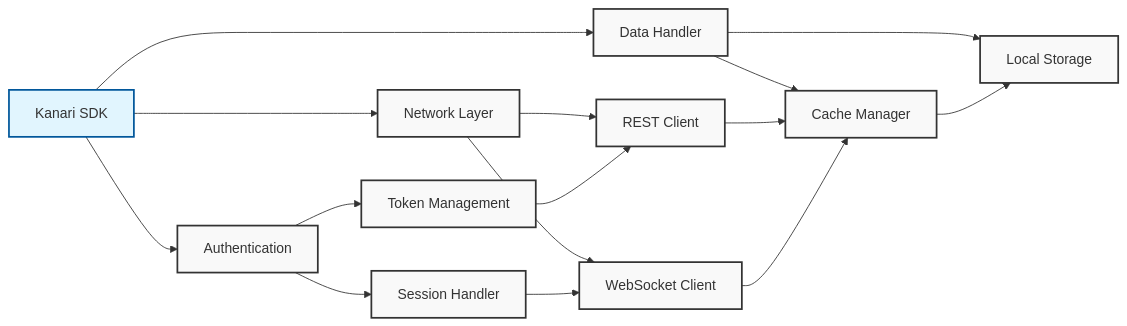
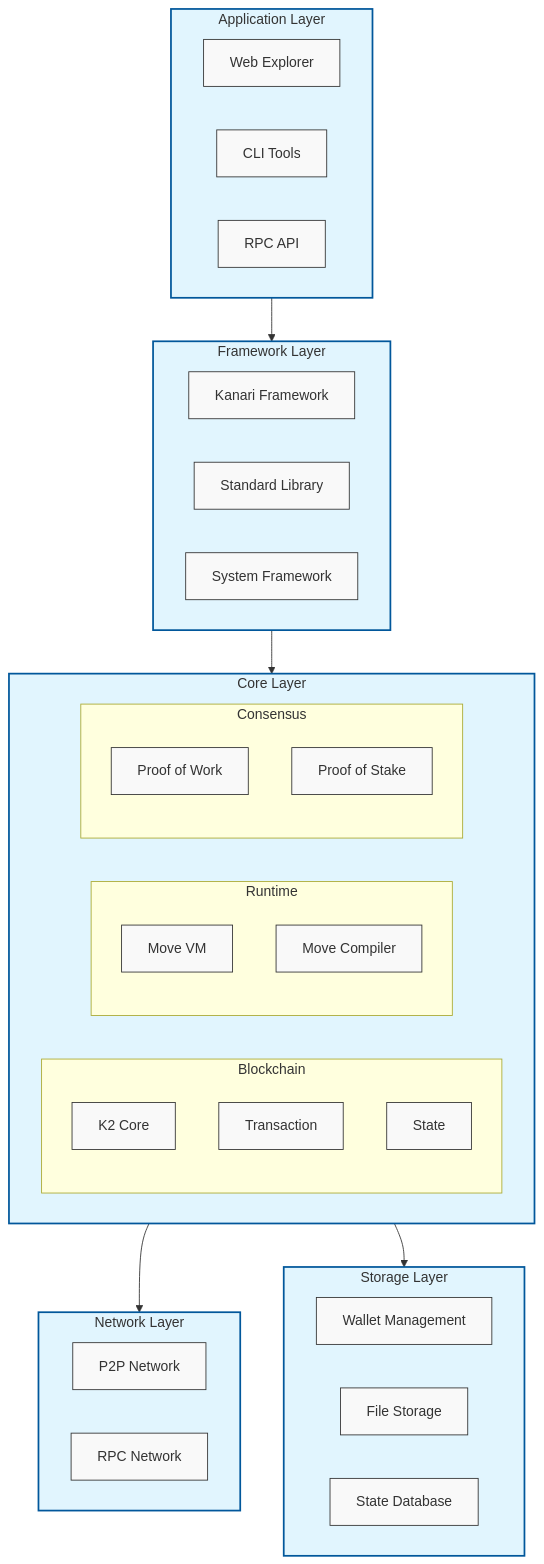
Before and after one commit to kanari-network/kanari-sdk: the diagram in README.md, drawn with Mermaid.

Commit message:
Update architecture diagram in README to reflect new layers and components

````diff
--- a/README.md
+++ b/README.md
@@ -5,32 +5,56 @@
 ```mermaid
-flowchart LR
-    %% Main Components
-    SDK[Kanari SDK] --> Auth[Authentication]
-    SDK --> Network[Network Layer]
-    SDK --> Data[Data Handler]
+flowchart TB
+    %% Main Layers
+    subgraph Application["Application Layer"]
+        WebExplorer["Web Explorer"]
+        CLI["CLI Tools"]
+        RPC["RPC API"]
+    end
 
-    %% Authentication Flow
-    Auth --> Token[Token Management]
-    Auth --> Session[Session Handler]
+    subgraph Framework["Framework Layer"]
+        KanariFramework["Kanari Framework"]
+        StandardLib["Standard Library"]
+        SystemFramework["System Framework"]
+    end
 
-    %% Network Components
-    Network --> REST[REST Client]
-    Network --> WS[WebSocket Client]
+    subgraph Core["Core Layer"]
+        subgraph Blockchain
+            K2Core["K2 Core"]
+            Transaction
+            State
+        end
+        
+        subgraph Runtime
+            MoveVM["Move VM"]
+            MoveCompiler["Move Compiler"]
+        end
 
-    %% Data Handling
-    Data --> Cache[Cache Manager]
-    Data --> Storage[Local Storage]
+        subgraph Consensus
+            PoW["Proof of Work"]
+            PoS["Proof of Stake"]
+        end
+    end
+
+    subgraph Network["Network Layer"]
+        P2P["P2P Network"]
+        RPCNetwork["RPC Network"]
+    end
+
+    subgraph Storage["Storage Layer"]
+        WalletMgmt["Wallet Management"]
+        FileStorage["File Storage"]
+        StateDB["State Database"]
+    end
 
     %% Relationships
-    Token --> REST
-    Session --> WS
-    REST --> Cache
-    WS --> Cache
-    Cache --> Storage
+    Application --> Framework
+    Framework --> Core
+    Core --> Network
+    Core --> Storage
 
     %% Styling
-    classDef default fill:#f9f9f9,stroke:#333,stroke-width:2px;
-    classDef highlight fill:#e1f5fe,stroke:#01579b,stroke-width:2px;
-    class SDK highlight
+    classDef default fill:#f9f9f9,stroke:#333,stroke-width:1px
+    classDef layer fill:#e1f5fe,stroke:#01579b,stroke-width:2px
+    class Application,Framework,Core,Network,Storage layer
    
 ```
````
